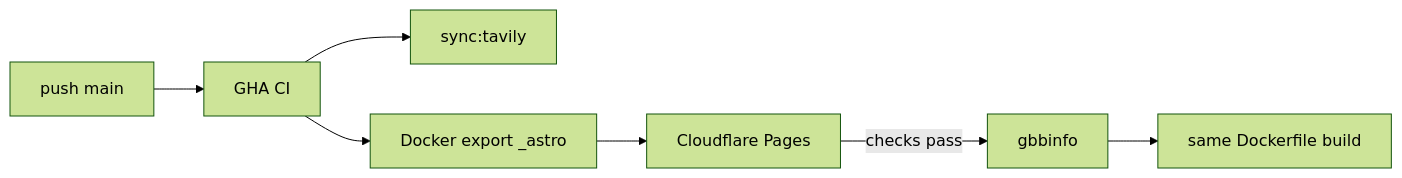
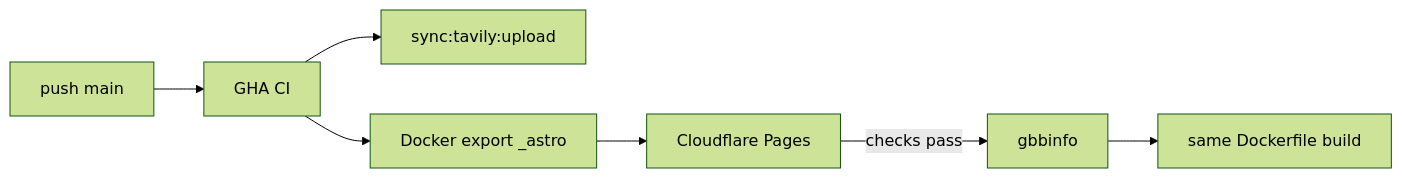
Before and after one commit to shumizu418128/gbbinfo4.0: the diagram in README.md, drawn with Mermaid (forest theme). The commit also changed other lines of this file and 4 other files, not shown here.

````diff
--- a/README.md
+++ b/README.md
@@ -95,9 +95,9 @@
 ```mermaid
 flowchart LR
   push[push main] --> gha[GHA CI]
-  gha --> tavily[sync:tavily]
+  gha --> tavily[sync:tavily:upload]
   gha --> dockerExport[Docker export _astro]
   dockerExport --> pages[Cloudflare Pages]
   pages -->|checks pass| render[gbbinfo]
   render --> docker[same Dockerfile build]
 ```
````
